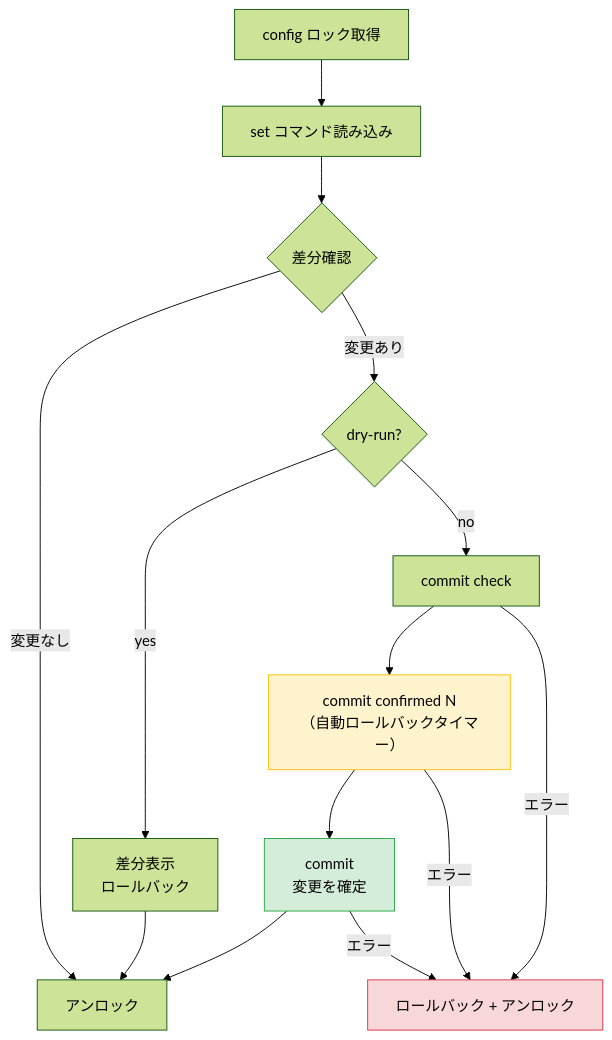
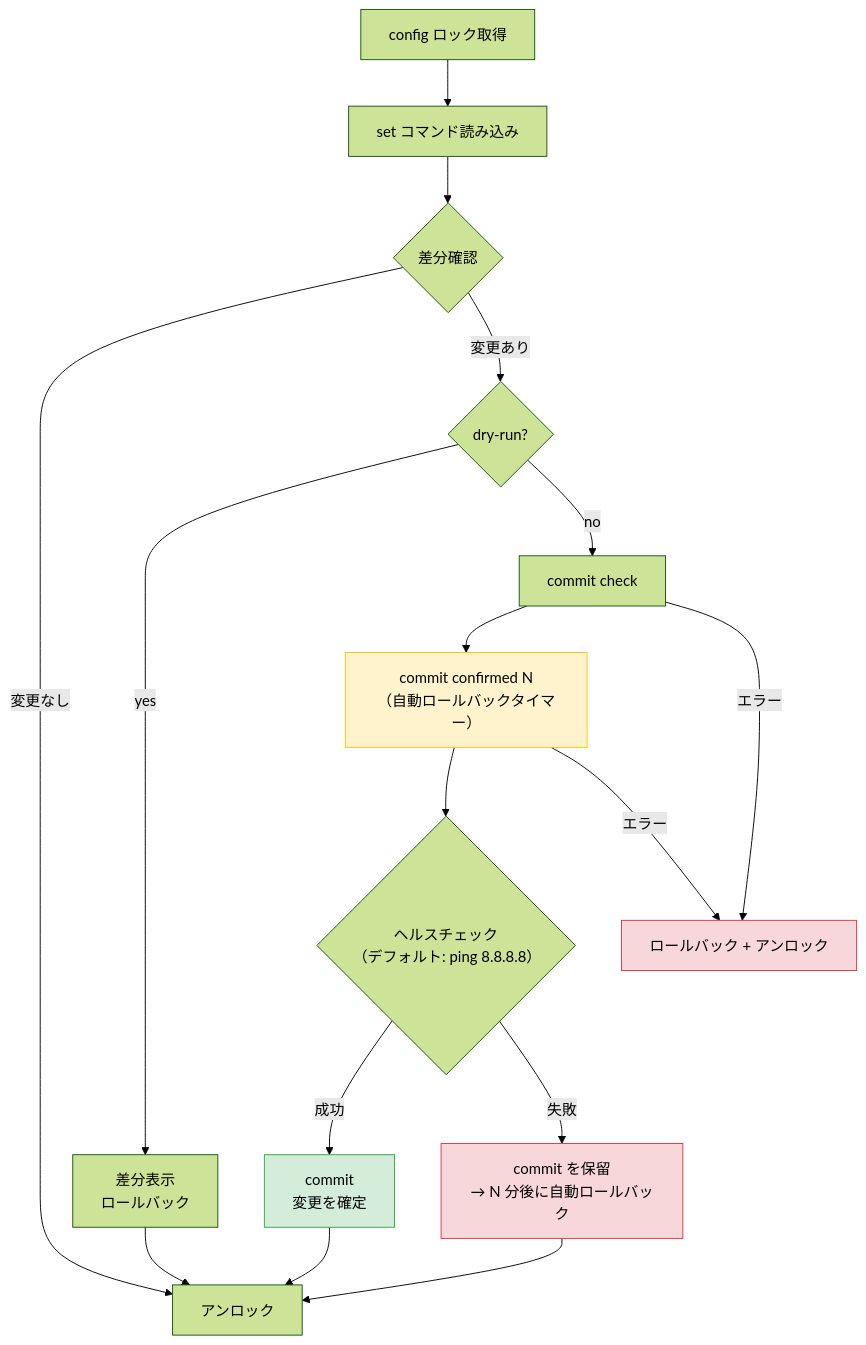
The fifth of 5 diagrams in README.ja.md (shigechika/junos-update), drawn with Mermaid (forest theme) before and after one commit. The commit also changed other lines of this file and 2 other files, not shown here.

````diff
--- a/README.ja.md
+++ b/README.ja.md
@@ -299,19 +307,21 @@
 ```mermaid
 flowchart TD
     A[config ロック取得] --> B[set コマンド読み込み]
     B --> C{差分確認}
     C -->|変更なし| D[アンロック]
     C -->|変更あり| E{dry-run?}
     E -->|yes| F["差分表示<br/>ロールバック"] --> D
     E -->|no| G[commit check]
     G --> H["commit confirmed N<br/>（自動ロールバックタイマー）"]:::warned
-    H --> I["commit<br/>変更を確定"]:::safe
+    H --> HC{"ヘルスチェック<br/>（デフォルト: ping 8.8.8.8）"}
+    HC -->|成功| I["commit<br/>変更を確定"]:::safe
+    HC -->|失敗| AR["commit を保留<br/>→ N 分後に自動ロールバック"]:::errstyle
+    AR --> D
     I --> D
     G -->|エラー| J[ロールバック + アンロック]:::errstyle
     H -->|エラー| J
-    I -->|エラー| J
 
     classDef warned fill:#fff3cd,stroke:#ffc107,color:#000
     classDef safe fill:#d4edda,stroke:#28a745,color:#000
     classDef errstyle fill:#f8d7da,stroke:#dc3545,color:#000
 ```
````
